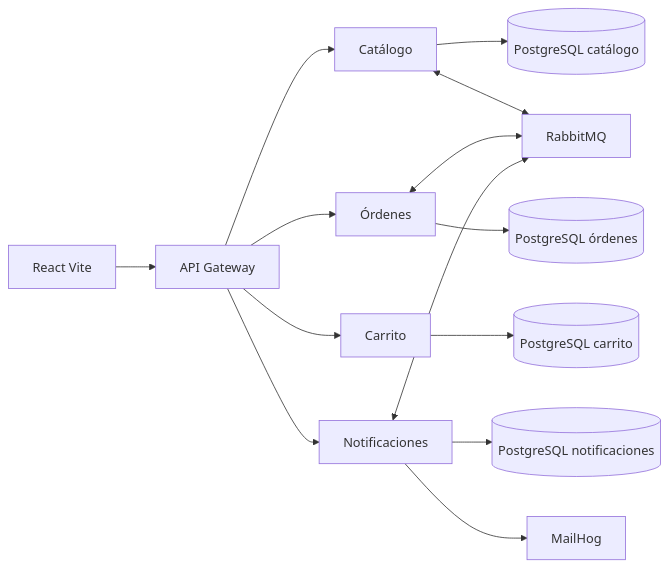
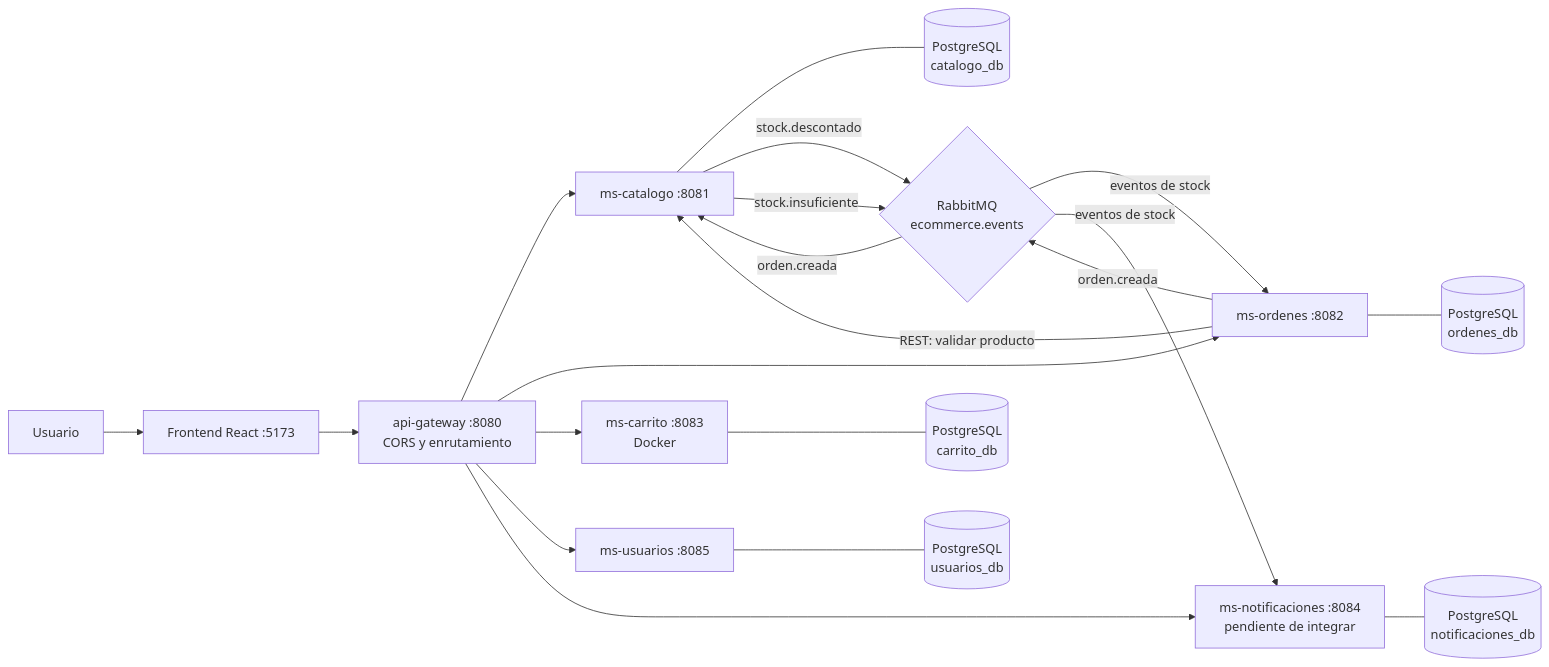
The diagram in ecommerce-distribuido/docs/diagramas/componentes.mmd (vivinaCordova/Comercio-Electr-nico-Distribuido), drawn with Mermaid before and after one commit. The commit also changed 1 other file, not shown here.

Commit message:
docs(diagramas): actualiza flujos distribuidos

```diff
--- a/ecommerce-distribuido/docs/diagramas/componentes.mmd
+++ b/ecommerce-distribuido/docs/diagramas/componentes.mmd
@@ -1,14 +1,23 @@
 flowchart LR
-  UI[React Vite] --> GW[API Gateway]
-  GW --> C[Catálogo]
-  GW --> O[Órdenes]
-  GW --> K[Carrito]
-  GW --> N[Notificaciones]
-  C --> PC[(PostgreSQL catálogo)]
-  O --> PO[(PostgreSQL órdenes)]
-  K --> PK[(PostgreSQL carrito)]
-  N --> PN[(PostgreSQL notificaciones)]
-  C <--> MQ[RabbitMQ]
-  O <--> MQ
-  N <--> MQ
-  N --> MH[MailHog]
+    U[Usuario] --> F[Frontend React :5173]
+    F --> G[api-gateway :8080<br/>CORS y enrutamiento]
+
+    G --> C[ms-catalogo :8081]
+    G --> O[ms-ordenes :8082]
+    G --> K[ms-carrito :8083<br/>Docker]
+    G --> S[ms-usuarios :8085]
+    G --> N[ms-notificaciones :8084<br/>pendiente de integrar]
+
+    C --- CDB[(PostgreSQL<br/>catalogo_db)]
+    O --- ODB[(PostgreSQL<br/>ordenes_db)]
+    K --- KDB[(PostgreSQL<br/>carrito_db)]
+    S --- SDB[(PostgreSQL<br/>usuarios_db)]
+    N --- NDB[(PostgreSQL<br/>notificaciones_db)]
+
+    O -->|REST: validar producto| C
+    O -->|orden.creada| R{RabbitMQ<br/>ecommerce.events}
+    R -->|orden.creada| C
+    C -->|stock.descontado| R
+    C -->|stock.insuficiente| R
+    R -->|eventos de stock| O
+    R -->|eventos de stock| N
```
